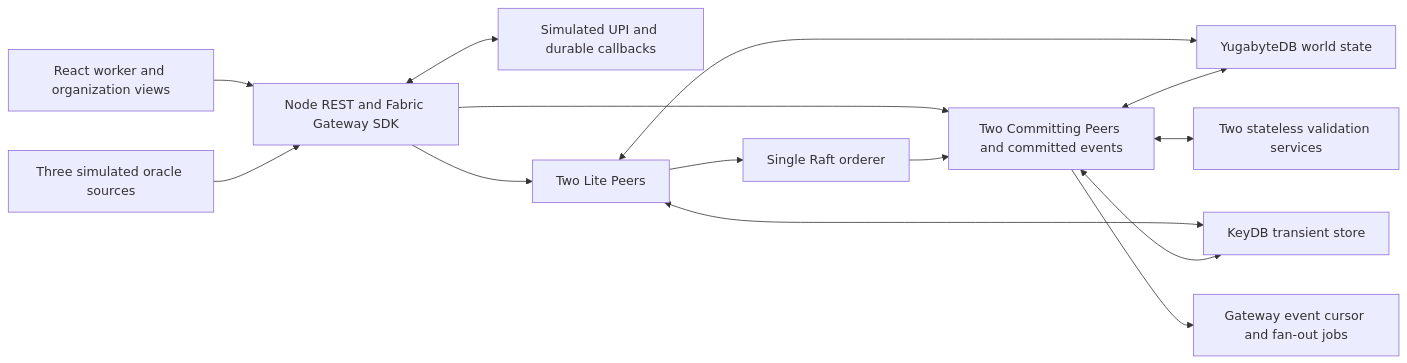
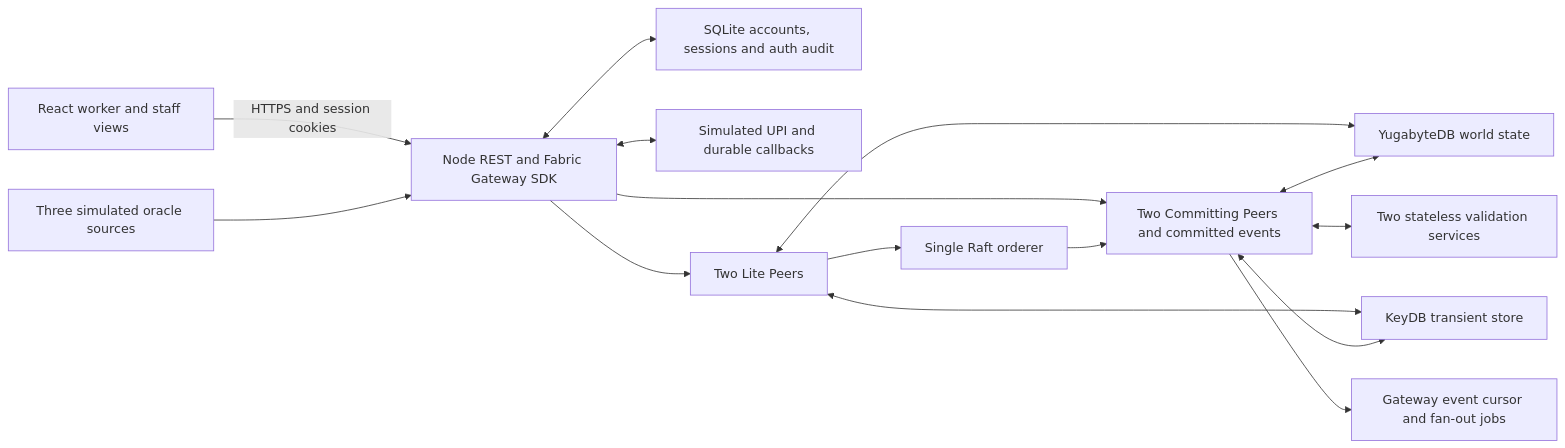
One commit to vishalreddy20/parametric-insurance-platform changed the diagram in docs/ARCHITECTURE.md. Above: the diagram before and after it, drawn with Mermaid. The commit also changed other lines of this file and 43 other files, not shown here.

````diff
--- a/docs/ARCHITECTURE.md
+++ b/docs/ARCHITECTURE.md
@@ -8,16 +8,17 @@
 ```mermaid
 flowchart LR
-  UI[React worker and organization views] --> API[Node REST and Fabric Gateway SDK]
+  UI[React worker and staff views] -->|HTTPS and session cookies| API[Node REST and Fabric Gateway SDK]
+  API <--> AUTH[SQLite accounts, sessions and auth audit]
   SIM[Three simulated oracle sources] --> API
   API <--> UPI[Simulated UPI and durable callbacks]
   API --> LP[Two Lite Peers]
   API --> CP[Two Committing Peers and committed events]
   LP --> RAFT[Single Raft orderer]
   RAFT --> CP
   LP <--> SQL[YugabyteDB world state]
   CP <--> SQL
   CP <--> VS[Two stateless validation services]
   LP <--> KEYDB[KeyDB transient store]
   CP <--> KEYDB
   CP --> JOBS[Gateway event cursor and fan-out jobs]
 ```
````
